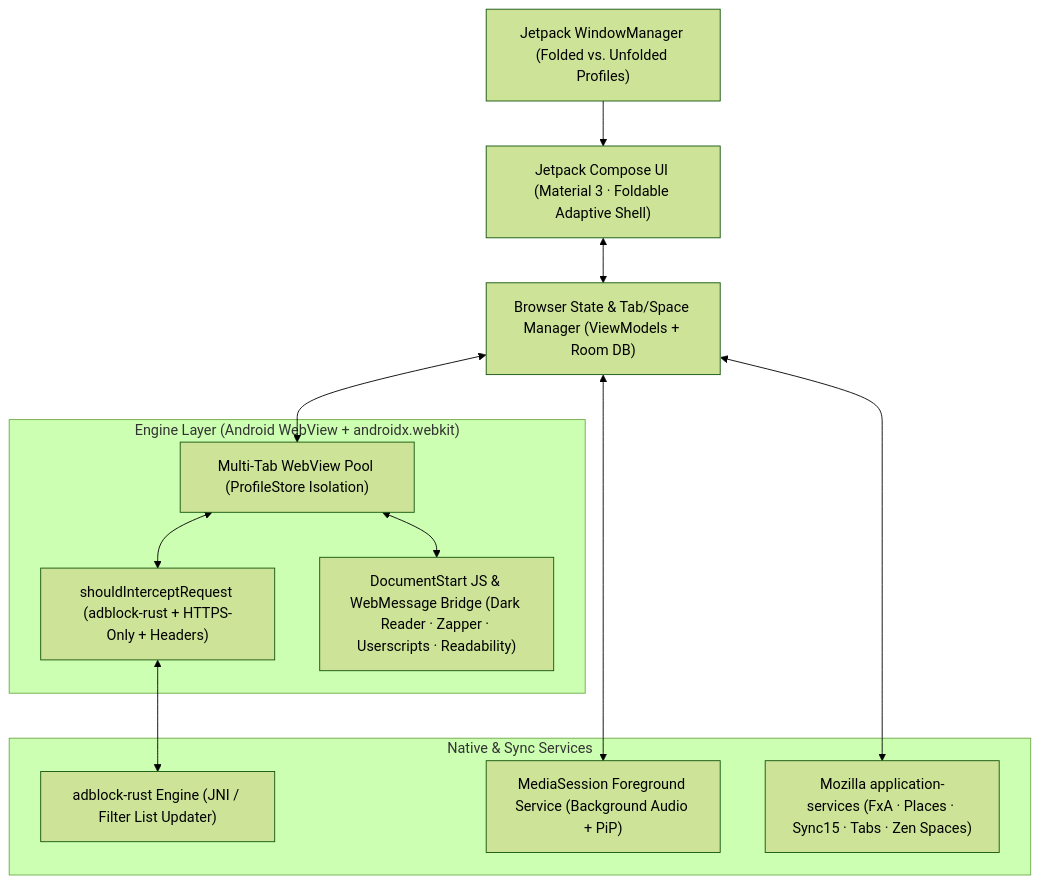
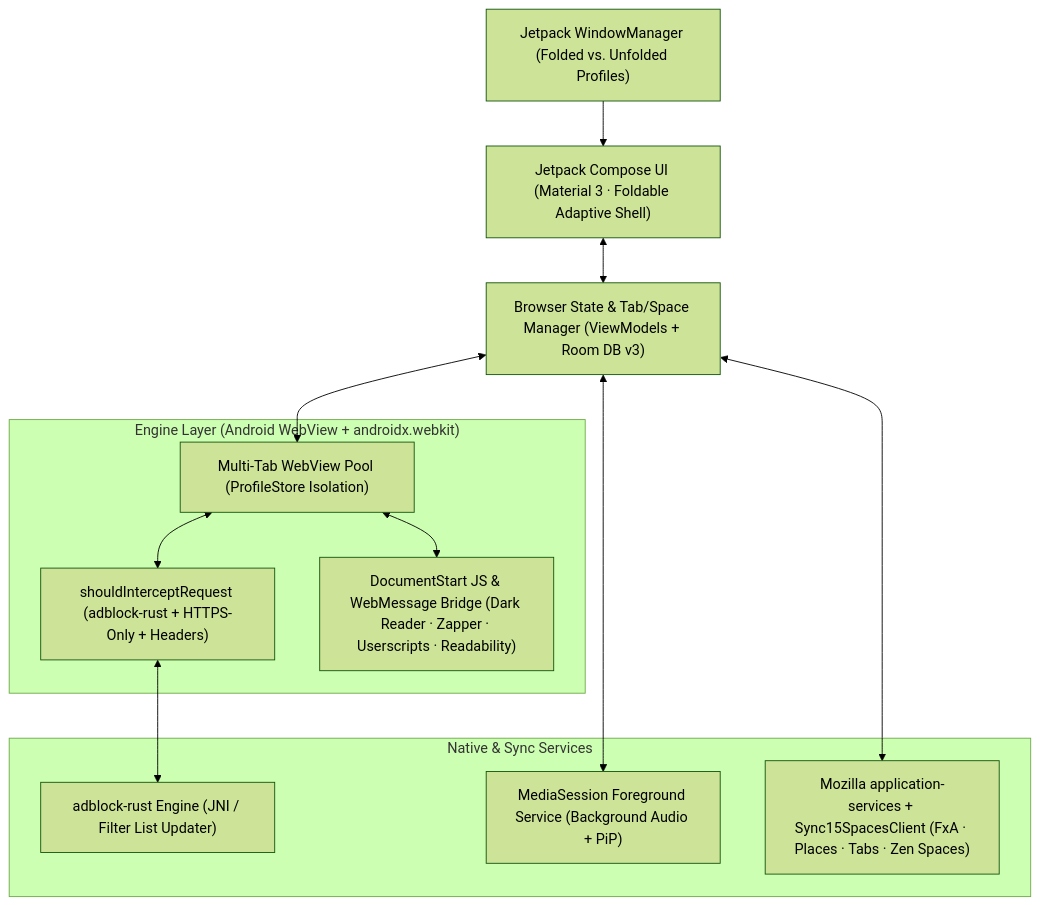
The diagram in docs/PLAN.md (Waspo98/swiftfox), drawn with Mermaid (forest theme) before and after one commit. The commit also changed other lines of this file and 15 other files, not shown here.

Commit message:
chore: update AGENTS.md, build scaffolding, Room schemas, Cargo.lock, CI, and docs for M1-M3

````diff
--- a/docs/PLAN.md
+++ b/docs/PLAN.md
@@ -30,27 +32,27 @@
 ```mermaid
 flowchart TD
     UI["Jetpack Compose UI (Material 3 · Foldable Adaptive Shell)"]
     WM["Jetpack WindowManager (Folded vs. Unfolded Profiles)"]
-    VM["Browser State & Tab/Space Manager (ViewModels + Room DB)"]
+    VM["Browser State & Tab/Space Manager (ViewModels + Room DB v3)"]
 
     subgraph Engine["Engine Layer (Android WebView + androidx.webkit)"]
         WV["Multi-Tab WebView Pool (ProfileStore Isolation)"]
         NET["shouldInterceptRequest (adblock-rust + HTTPS-Only + Headers)"]
         JS["DocumentStart JS & WebMessage Bridge (Dark Reader · Zapper · Userscripts · Readability)"]
     end
 
     subgraph Native["Native & Sync Services"]
         ADB["adblock-rust Engine (JNI / Filter List Updater)"]
         MEDIA["MediaSession Foreground Service (Background Audio + PiP)"]
-        SYNC["Mozilla application-services (FxA · Places · Sync15 · Tabs · Zen Spaces)"]
+        SYNC["Mozilla application-services + Sync15SpacesClient (FxA · Places · Tabs · Zen Spaces)"]
     end
 
     WM --> UI
     UI <--> VM
     VM <--> WV
     WV <--> NET
     WV <--> JS
     NET <--> ADB
     VM <--> MEDIA
     VM <--> SYNC
 ```
````
